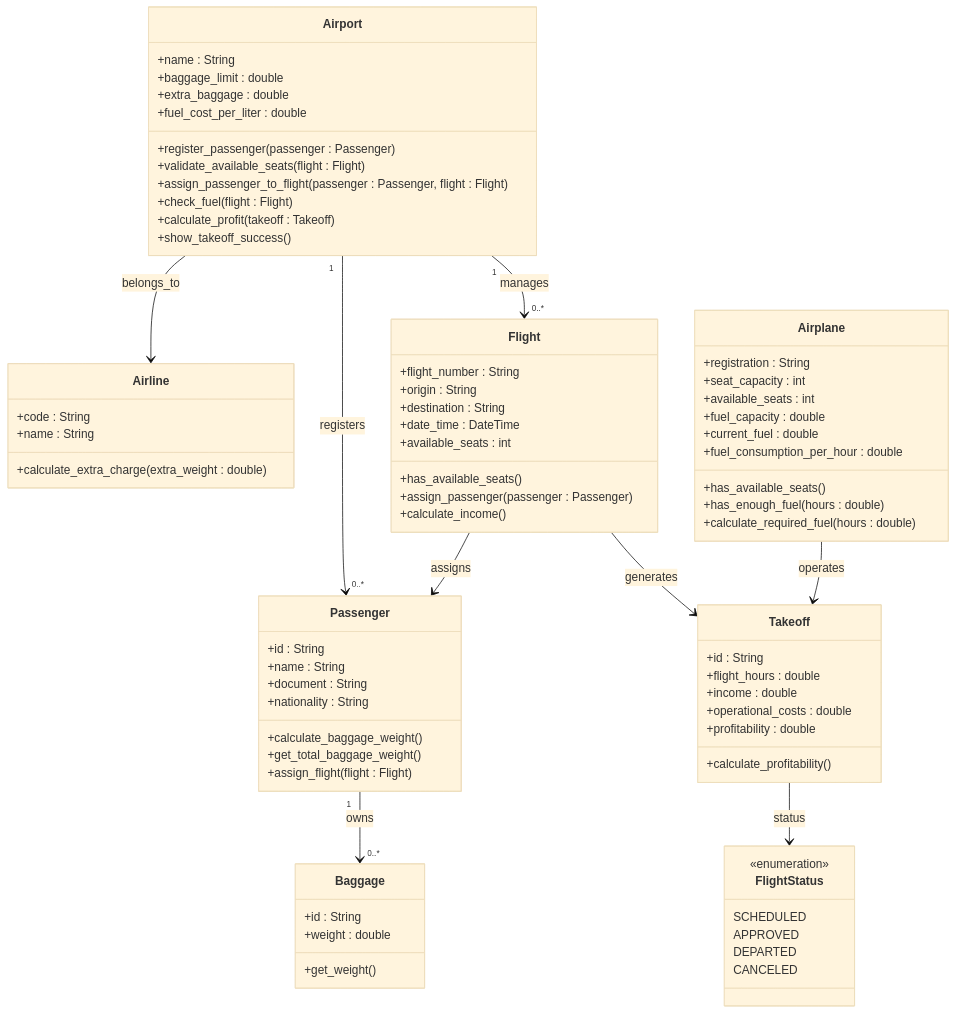
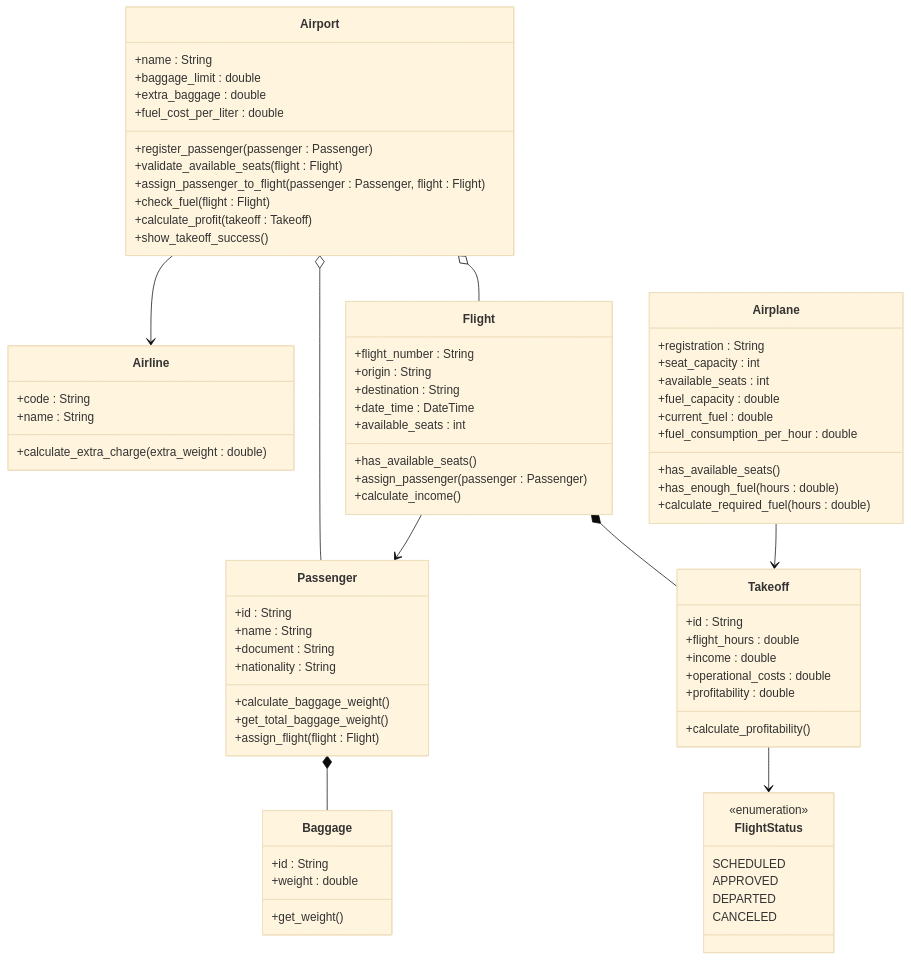
One commit to CristianDuarted/Proyecto-Aeropuerto-POO changed the diagram in README.md. Above: the diagram before and after it, drawn with Mermaid (base theme).

Commit message:
Update UML relationships in README

````diff
--- a/README.md
+++ b/README.md
@@ -103,13 +103,13 @@
         DEPARTED
         CANCELED
     }
-    Airport "1" --> "0..*" Passenger : registers
-    Passenger "1" --> "0..*" Baggage : owns
-    Airport "1" --> "0..*" Flight : manages
-    Airport --> Airline : belongs_to
-    Flight --> Takeoff : generates
-    Airplane --> Takeoff : operates
-    Takeoff --> FlightStatus : status
-    Flight --> Passenger : assigns
+    Airport o-- Passenger
+    Passenger *-- Baggage
+    Airport o-- Flight
+    Airport --> Airline
+    Flight --> Passenger
+    Flight *-- Takeoff
+    Airplane --> Takeoff
+    Takeoff --> FlightStatus
 
 ```
````
